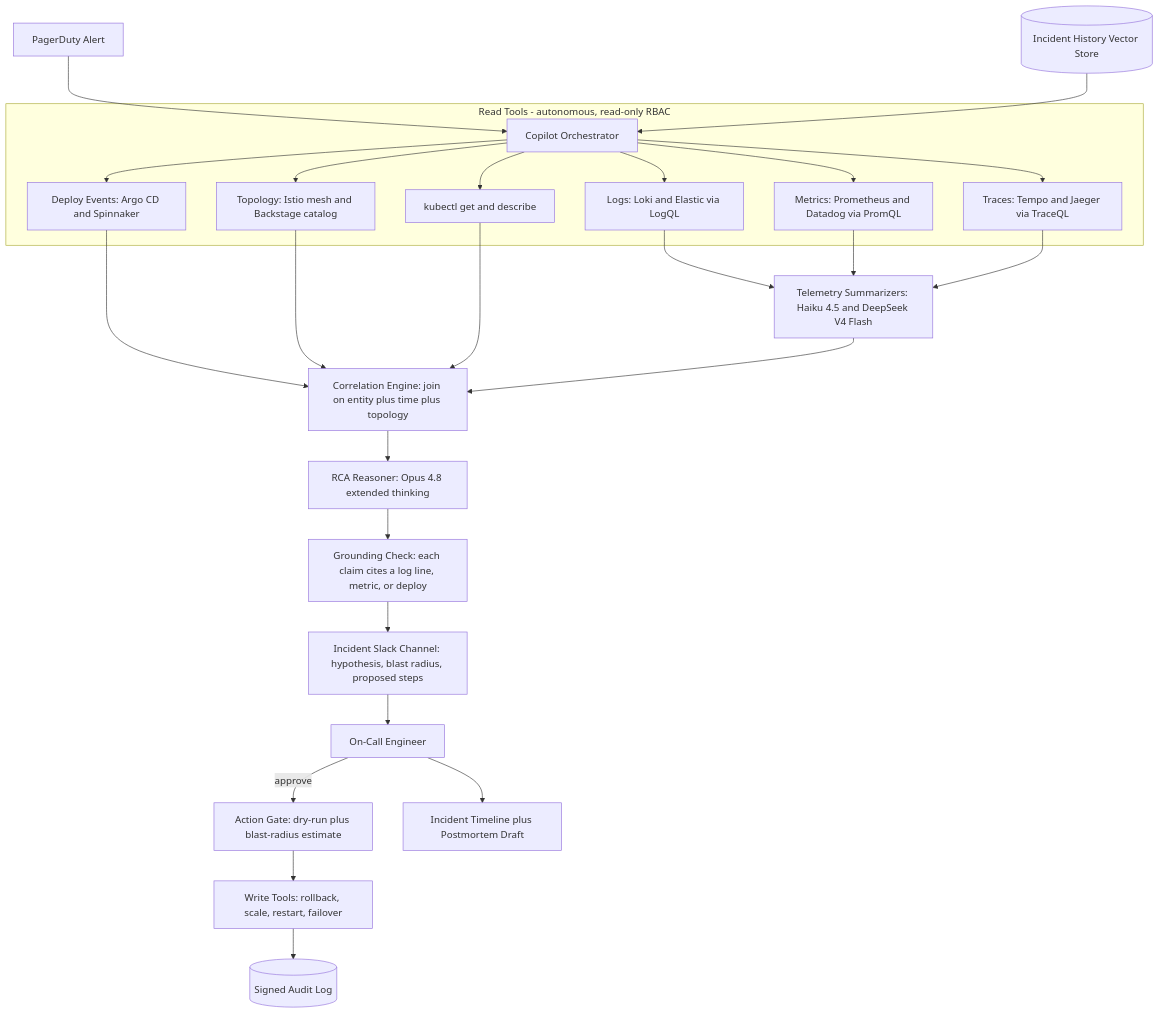
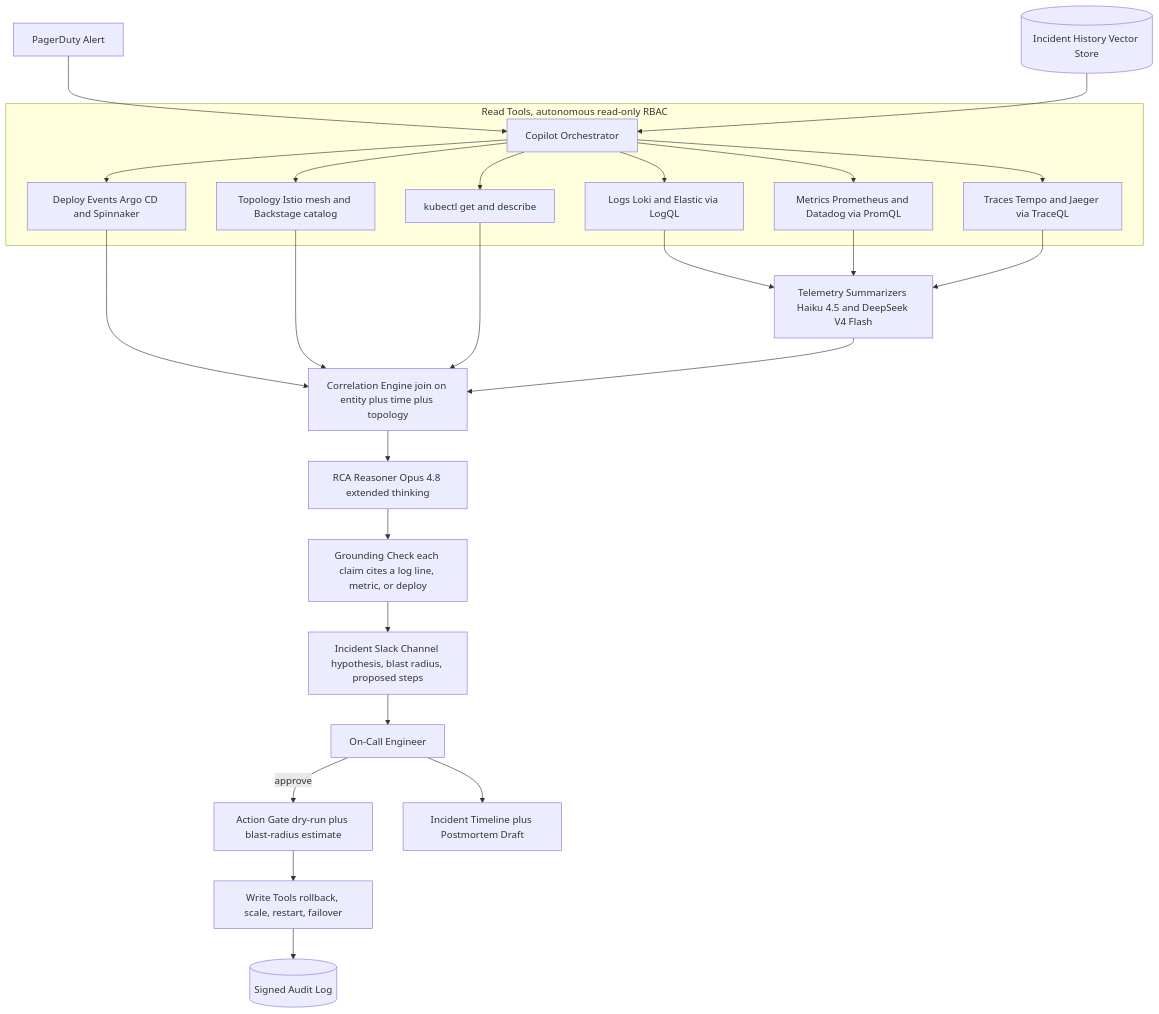
Before and after one commit to jack51706/ai-system-design-guide: the first of 3 diagrams in docs/16-case-studies/48-sre-incident-response-copilot.md, drawn with Mermaid. The commit also changed other lines of this file and 35 other files, not shown here.

````diff
--- a/docs/16-case-studies/48-sre-incident-response-copilot.md
+++ b/docs/16-case-studies/48-sre-incident-response-copilot.md
@@ -26,32 +26,32 @@
 ```mermaid
 flowchart TB
     PD[PagerDuty Alert] --> ORCH[Copilot Orchestrator]
     HIST[(Incident History Vector Store)] --> ORCH
 
-    subgraph Read["Read Tools - autonomous, read-only RBAC"]
-        ORCH --> LOGS[Logs: Loki and Elastic via LogQL]
-        ORCH --> METRICS[Metrics: Prometheus and Datadog via PromQL]
-        ORCH --> TRACES[Traces: Tempo and Jaeger via TraceQL]
-        ORCH --> DEPLOY[Deploy Events: Argo CD and Spinnaker]
-        ORCH --> TOPO[Topology: Istio mesh and Backstage catalog]
+    subgraph Read["Read Tools, autonomous read-only RBAC"]
+        ORCH --> LOGS[Logs Loki and Elastic via LogQL]
+        ORCH --> METRICS[Metrics Prometheus and Datadog via PromQL]
+        ORCH --> TRACES[Traces Tempo and Jaeger via TraceQL]
+        ORCH --> DEPLOY[Deploy Events Argo CD and Spinnaker]
+        ORCH --> TOPO[Topology Istio mesh and Backstage catalog]
         ORCH --> KGET[kubectl get and describe]
     end
 
-    LOGS --> SUMM[Telemetry Summarizers: Haiku 4.5 and DeepSeek V4 Flash]
+    LOGS --> SUMM[Telemetry Summarizers Haiku 4.5 and DeepSeek V4 Flash]
     METRICS --> SUMM
     TRACES --> SUMM
-    DEPLOY --> CORR[Correlation Engine: join on entity plus time plus topology]
+    DEPLOY --> CORR[Correlation Engine join on entity plus time plus topology]
     TOPO --> CORR
     KGET --> CORR
     SUMM --> CORR
 
-    CORR --> RCA[RCA Reasoner: Opus 4.8 extended thinking]
-    RCA --> GROUND[Grounding Check: each claim cites a log line, metric, or deploy]
-    GROUND --> SLACK[Incident Slack Channel: hypothesis, blast radius, proposed steps]
+    CORR --> RCA[RCA Reasoner Opus 4.8 extended thinking]
+    RCA --> GROUND[Grounding Check each claim cites a log line, metric, or deploy]
+    GROUND --> SLACK[Incident Slack Channel hypothesis, blast radius, proposed steps]
 
     SLACK --> HUMAN[On-Call Engineer]
-    HUMAN -->|approve| GATE[Action Gate: dry-run plus blast-radius estimate]
-    GATE --> WRITE[Write Tools: rollback, scale, restart, failover]
+    HUMAN -->|approve| GATE[Action Gate dry-run plus blast-radius estimate]
+    GATE --> WRITE[Write Tools rollback, scale, restart, failover]
     WRITE --> AUDIT[(Signed Audit Log)]
     HUMAN --> TIMELINE[Incident Timeline plus Postmortem Draft]
 ```
````
